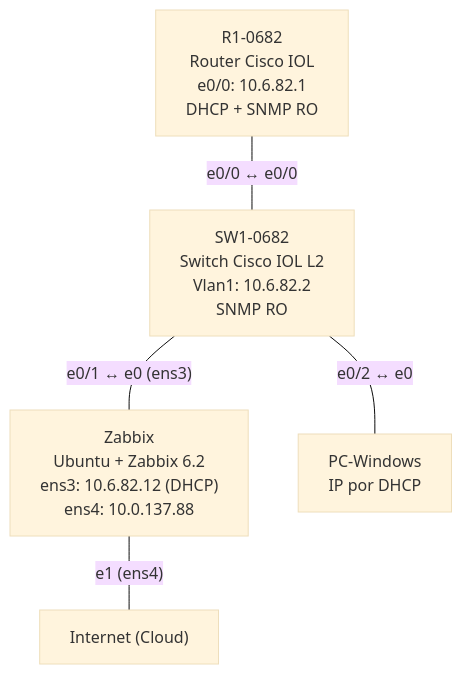
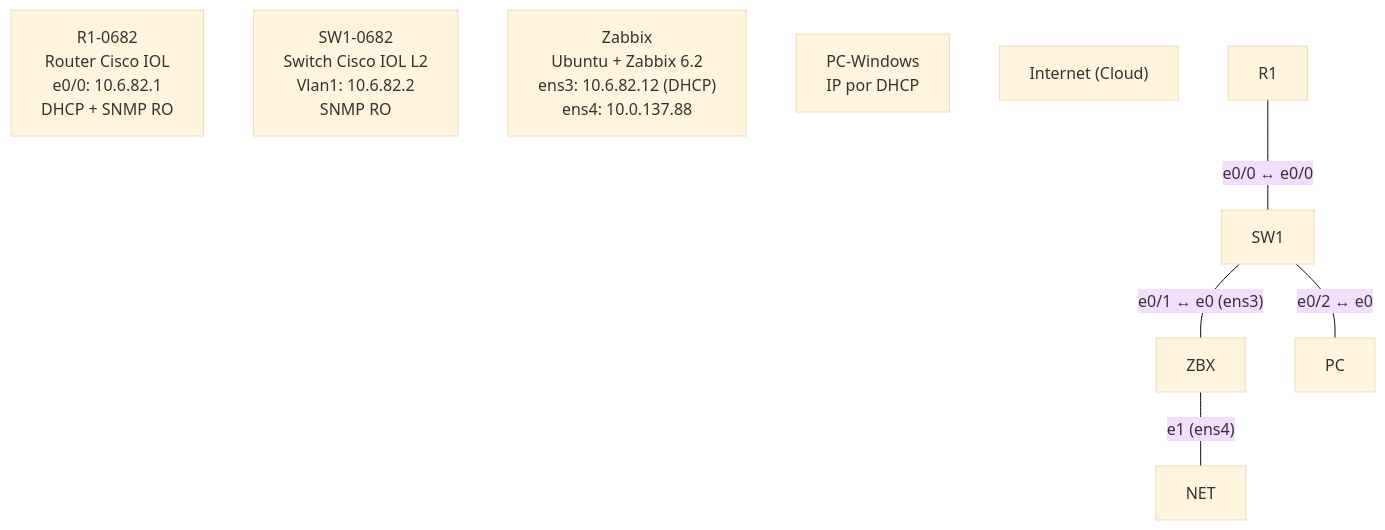
Before and after one commit to MRMLD/Practica-de-Redes-Zabbix-: the first of 3 diagrams in README.md, drawn with Mermaid (base theme). The commit also changed other lines of this file, not shown here.

````diff
--- a/README.md
+++ b/README.md
@@ -37,13 +59,13 @@
 ```mermaid
 graph TD
-    R1["R1-0682<br/>Router Cisco IOL<br/>e0/0: 10.6.82.1<br/>DHCP + SNMP RO"]
-    SW1["SW1-0682<br/>Switch Cisco IOL L2<br/>Vlan1: 10.6.82.2<br/>SNMP RO"]
-    ZBX["Zabbix<br/>Ubuntu + Zabbix 6.2<br/>ens3: 10.6.82.12 (DHCP)<br/>ens4: 10.0.137.88"]
-    PC["PC-Windows<br/>IP por DHCP"]
-    NET["Internet (Cloud)"]
+    R1\["R1-0682<br/>Router Cisco IOL<br/>e0/0: 10.6.82.1<br/>DHCP + SNMP RO"]
+    SW1\["SW1-0682<br/>Switch Cisco IOL L2<br/>Vlan1: 10.6.82.2<br/>SNMP RO"]
+    ZBX\["Zabbix<br/>Ubuntu + Zabbix 6.2<br/>ens3: 10.6.82.12 (DHCP)<br/>ens4: 10.0.137.88"]
+    PC\["PC-Windows<br/>IP por DHCP"]
+    NET\["Internet (Cloud)"]
 
     R1 -- "e0/0 ↔ e0/0" --- SW1
     SW1 -- "e0/1 ↔ e0 (ens3)" --- ZBX
     SW1 -- "e0/2 ↔ e0" --- PC
     ZBX -- "e1 (ens4)" --- NET
 ```
````
